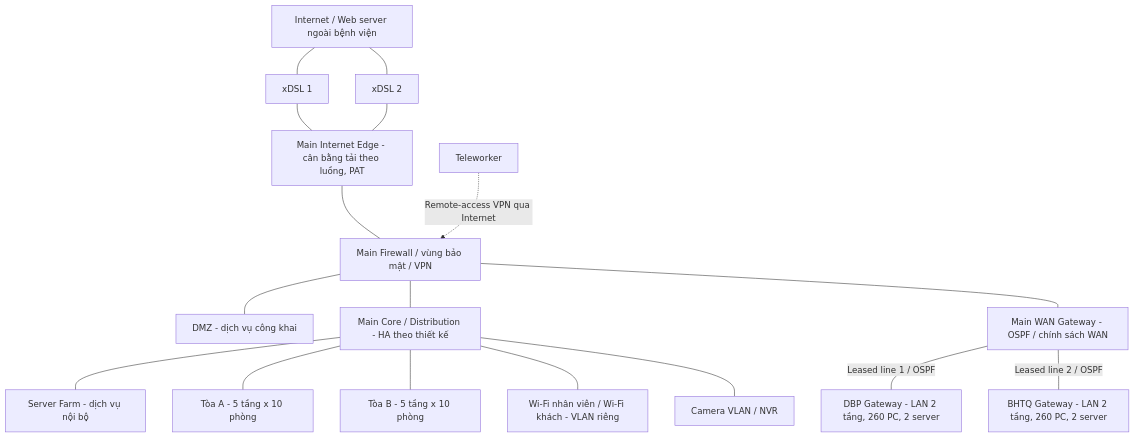
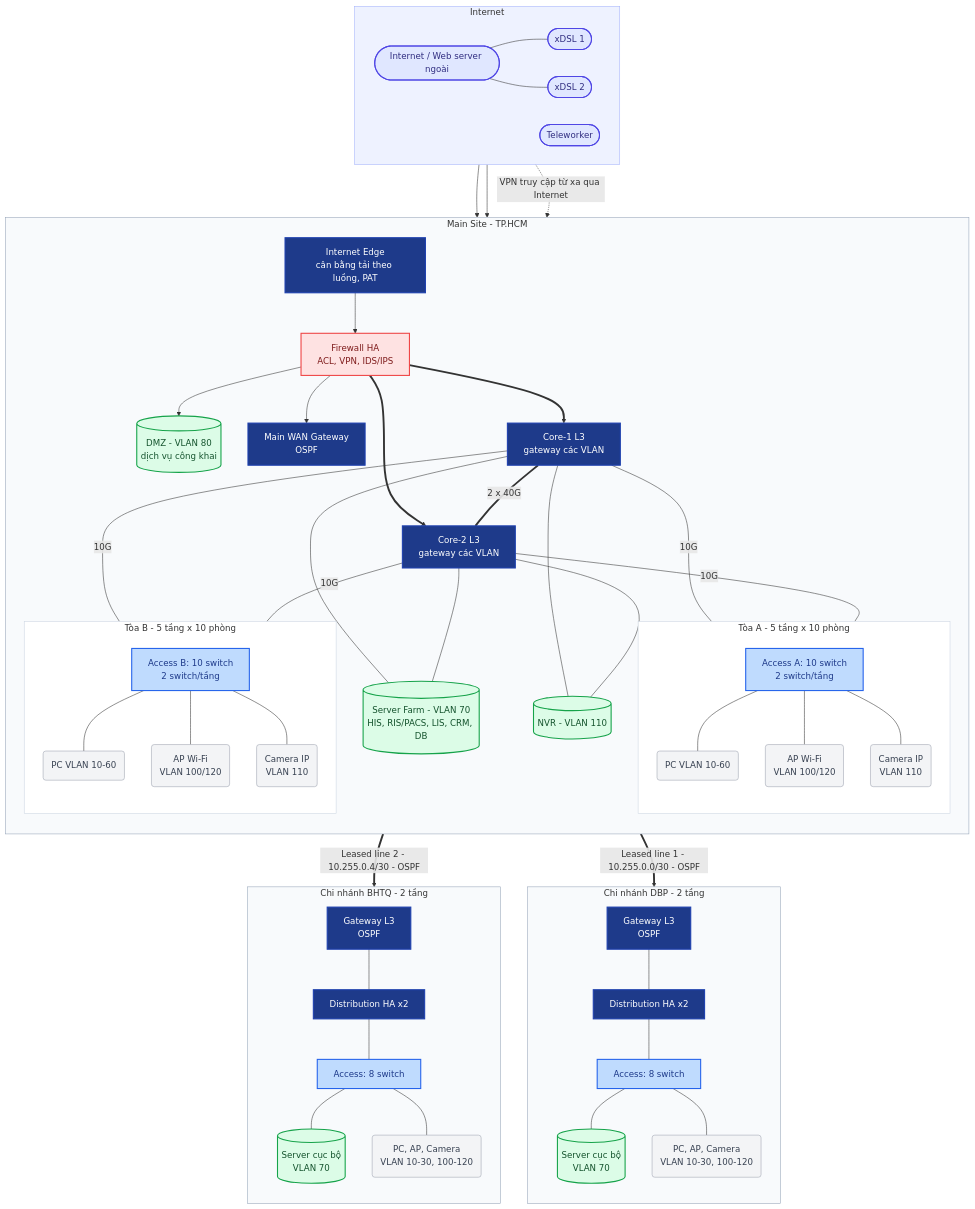
One commit to Dat-nguyen195/BTL_ComputerNetwork changed the diagram in docs/02-design/diagrams/logical-3sites.mmd. Above: the diagram before and after it, drawn with Mermaid. The commit also changed 6 other files, not shown here.

```diff
--- a/docs/02-design/diagrams/logical-3sites.mmd
+++ b/docs/02-design/diagrams/logical-3sites.mmd
@@ -1,33 +1,98 @@
 flowchart TB
-    NET["Internet / Web server ngoài bệnh viện"]
-    ISP1["xDSL 1"]
-    ISP2["xDSL 2"]
-    EDGE["Main Internet Edge - cân bằng tải theo luồng, PAT"]
-    SEC["Main Firewall / vùng bảo mật / VPN"]
-    DMZ["DMZ - dịch vụ công khai"]
-    CORE["Main Core / Distribution - HA theo thiết kế"]
-    SF["Server Farm - dịch vụ nội bộ"]
-    A["Tòa A - 5 tầng x 10 phòng"]
-    B["Tòa B - 5 tầng x 10 phòng"]
-    WIFI["Wi-Fi nhân viên / Wi-Fi khách - VLAN riêng"]
-    CAM["Camera VLAN / NVR"]
-    HUB["Main WAN Gateway - OSPF / chính sách WAN"]
-    DBP["DBP Gateway - LAN 2 tầng, 260 PC, 2 server"]
-    BHTQ["BHTQ Gateway - LAN 2 tầng, 260 PC, 2 server"]
-    REMOTE["Teleworker"]
-    NET --- ISP1
-    NET --- ISP2
-    ISP1 --- EDGE
-    ISP2 --- EDGE
-    EDGE --- SEC
-    SEC --- DMZ
-    SEC --- CORE
-    CORE --- SF
-    CORE --- A
-    CORE --- B
-    CORE --- WIFI
-    CORE --- CAM
-    SEC --- HUB
-    HUB ---|"Leased line 1 / OSPF"| DBP
-    HUB ---|"Leased line 2 / OSPF"| BHTQ
-    REMOTE -.->|"Remote-access VPN qua Internet"| SEC
+    classDef internet fill:#e0e7ff,stroke:#4f46e5,stroke-width:2px,color:#312e81
+    classDef security fill:#fee2e2,stroke:#ef4444,stroke-width:2px,color:#7f1d1d
+    classDef core fill:#1e3a8a,stroke:#1e40af,stroke-width:2px,color:#ffffff
+    classDef access fill:#bfdbfe,stroke:#2563eb,stroke-width:2px,color:#1e3a8a
+    classDef server fill:#dcfce7,stroke:#16a34a,stroke-width:2px,color:#14532d
+    classDef endpoint fill:#f3f4f6,stroke:#9ca3af,stroke-width:1px,color:#374151
+
+    subgraph INET ["Internet"]
+        direction LR
+        WEB(["Internet / Web server ngoài"])
+        ISP1(["xDSL 1"])
+        ISP2(["xDSL 2"])
+        TELE(["Teleworker"])
+    end
+
+    subgraph MAIN ["Main Site - TP.HCM"]
+        direction TB
+        REDGE["Internet Edge<br/>cân bằng tải theo luồng, PAT"]
+        FW["Firewall HA<br/>ACL, VPN, IDS/IPS"]
+        DMZ[("DMZ - VLAN 80<br/>dịch vụ công khai")]
+        WANGW["Main WAN Gateway<br/>OSPF"]
+        CORE1["Core-1 L3<br/>gateway các VLAN"]
+        CORE2["Core-2 L3<br/>gateway các VLAN"]
+        SRV[("Server Farm - VLAN 70<br/>HIS, RIS/PACS, LIS, CRM, DB")]
+        NVR[("NVR - VLAN 110")]
+
+        subgraph TOA_A ["Tòa A - 5 tầng x 10 phòng"]
+            direction TB
+            ACC_A["Access A: 10 switch<br/>2 switch/tầng"]
+            PC_A("PC VLAN 10-60")
+            AP_A("AP Wi-Fi<br/>VLAN 100/120")
+            CAM_A("Camera IP<br/>VLAN 110")
+            ACC_A --- PC_A & AP_A & CAM_A
+        end
+
+        subgraph TOA_B ["Tòa B - 5 tầng x 10 phòng"]
+            direction TB
+            ACC_B["Access B: 10 switch<br/>2 switch/tầng"]
+            PC_B("PC VLAN 10-60")
+            AP_B("AP Wi-Fi<br/>VLAN 100/120")
+            CAM_B("Camera IP<br/>VLAN 110")
+            ACC_B --- PC_B & AP_B & CAM_B
+        end
+    end
+
+    subgraph AUX_DBP ["Chi nhánh DBP - 2 tầng"]
+        direction TB
+        R_DBP["Gateway L3<br/>OSPF"]
+        D_DBP["Distribution HA x2"]
+        A_DBP["Access: 8 switch"]
+        S_DBP[("Server cục bộ<br/>VLAN 70")]
+        E_DBP("PC, AP, Camera<br/>VLAN 10-30, 100-120")
+        R_DBP --- D_DBP --- A_DBP
+        A_DBP --- S_DBP & E_DBP
+    end
+
+    subgraph AUX_BHTQ ["Chi nhánh BHTQ - 2 tầng"]
+        direction TB
+        R_BHTQ["Gateway L3<br/>OSPF"]
+        D_BHTQ["Distribution HA x2"]
+        A_BHTQ["Access: 8 switch"]
+        S_BHTQ[("Server cục bộ<br/>VLAN 70")]
+        E_BHTQ("PC, AP, Camera<br/>VLAN 10-30, 100-120")
+        R_BHTQ --- D_BHTQ --- A_BHTQ
+        A_BHTQ --- S_BHTQ & E_BHTQ
+    end
+
+    WEB --- ISP1 & ISP2
+    ISP1 --> REDGE
+    ISP2 --> REDGE
+    TELE -. "VPN truy cập từ xa qua Internet" .-> FW
+    REDGE --> FW
+    FW --> DMZ
+    FW --> WANGW
+    FW ==> CORE1 & CORE2
+    CORE1 ===|"2 x 40G"| CORE2
+    CORE1 --- SRV & NVR
+    CORE2 --- SRV & NVR
+    CORE1 ---|"10G"| ACC_A & ACC_B
+    CORE2 ---|"10G"| ACC_A & ACC_B
+
+    WANGW ==>|"Leased line 1 - 10.255.0.0/30 - OSPF"| R_DBP
+    WANGW ==>|"Leased line 2 - 10.255.0.4/30 - OSPF"| R_BHTQ
+
+    class WEB,ISP1,ISP2,TELE internet;
+    class FW security;
+    class REDGE,WANGW,CORE1,CORE2,R_DBP,R_BHTQ,D_DBP,D_BHTQ core;
+    class ACC_A,ACC_B,A_DBP,A_BHTQ access;
+    class DMZ,SRV,NVR,S_DBP,S_BHTQ server;
+    class PC_A,AP_A,CAM_A,PC_B,AP_B,CAM_B,E_DBP,E_BHTQ endpoint;
+
+    style INET fill:#eef2ff,stroke:#a5b4fc
+    style MAIN fill:#f8fafc,stroke:#94a3b8
+    style TOA_A fill:#ffffff,stroke:#cbd5e1
+    style TOA_B fill:#ffffff,stroke:#cbd5e1
+    style AUX_DBP fill:#f8fafc,stroke:#94a3b8
+    style AUX_BHTQ fill:#f8fafc,stroke:#94a3b8
```
